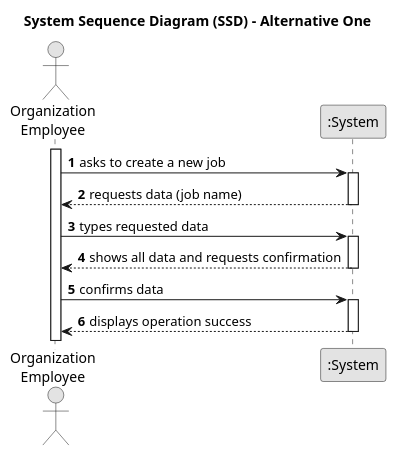
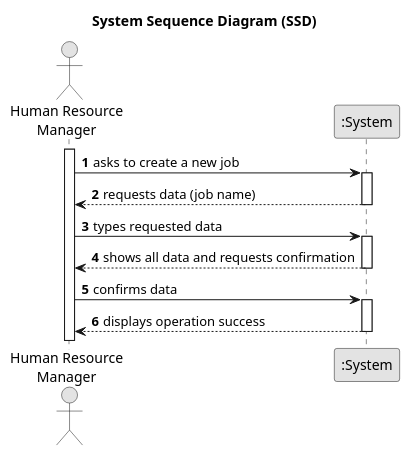
One commit to yusufyilmaz00/Integral-Project-ISEP changed the diagram in docs/sprintA/us002/01.requirements-engineering/puml/us002-system-sequence-diagram.puml. Above: the diagram before and after it, drawn with PlantUML.

Commit message:
Update system sequence diagram: title and actor changed

```diff
--- a/docs/sprintA/us002/01.requirements-engineering/puml/us002-system-sequence-diagram.puml
+++ b/docs/sprintA/us002/01.requirements-engineering/puml/us002-system-sequence-diagram.puml
@@ -1,33 +1,33 @@
 @startuml
 skinparam monochrome true
 skinparam packageStyle rectangle
 skinparam shadowing false
 
-title System Sequence Diagram (SSD) - Alternative One
+title System Sequence Diagram (SSD)
 
 autonumber
 
-actor "Organization\nEmployee" as Employee
+actor "Human Resource\nManager" as Manager
 participant ":System" as System
 
-activate Employee
+activate Manager
 
-    Employee -> System : asks to create a new job
+    Manager -> System : asks to create a new job
     activate System
 
-        System --> Employee : requests data (job name)
+        System --> Manager : requests data (job name)
     deactivate System
 
-    Employee -> System : types requested data
+    Manager -> System : types requested data
     activate System
 
-    System --> Employee : shows all data and requests confirmation
+    System --> Manager : shows all data and requests confirmation
     deactivate System
 
-    Employee -> System : confirms data
+    Manager -> System : confirms data
     activate System
 
-        System --> Employee : displays operation success
+        System --> Manager : displays operation success
     deactivate System
 
 @enduml
```
